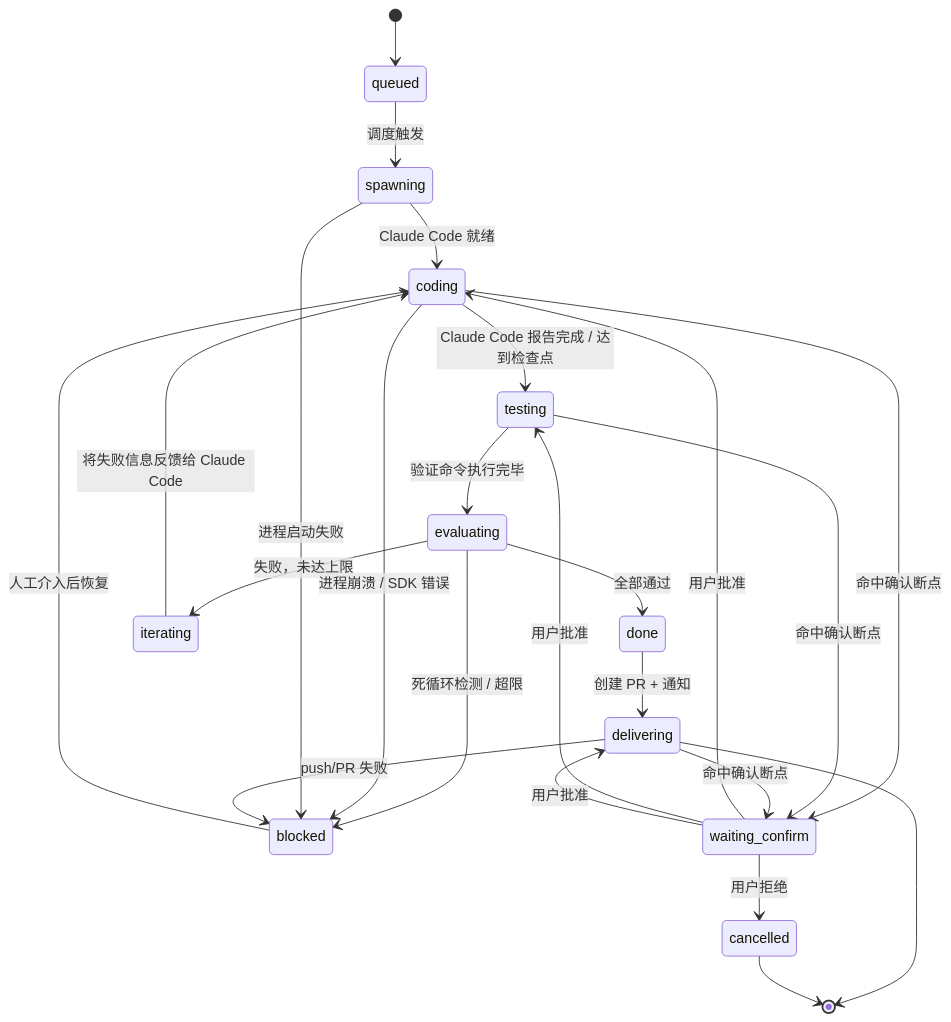
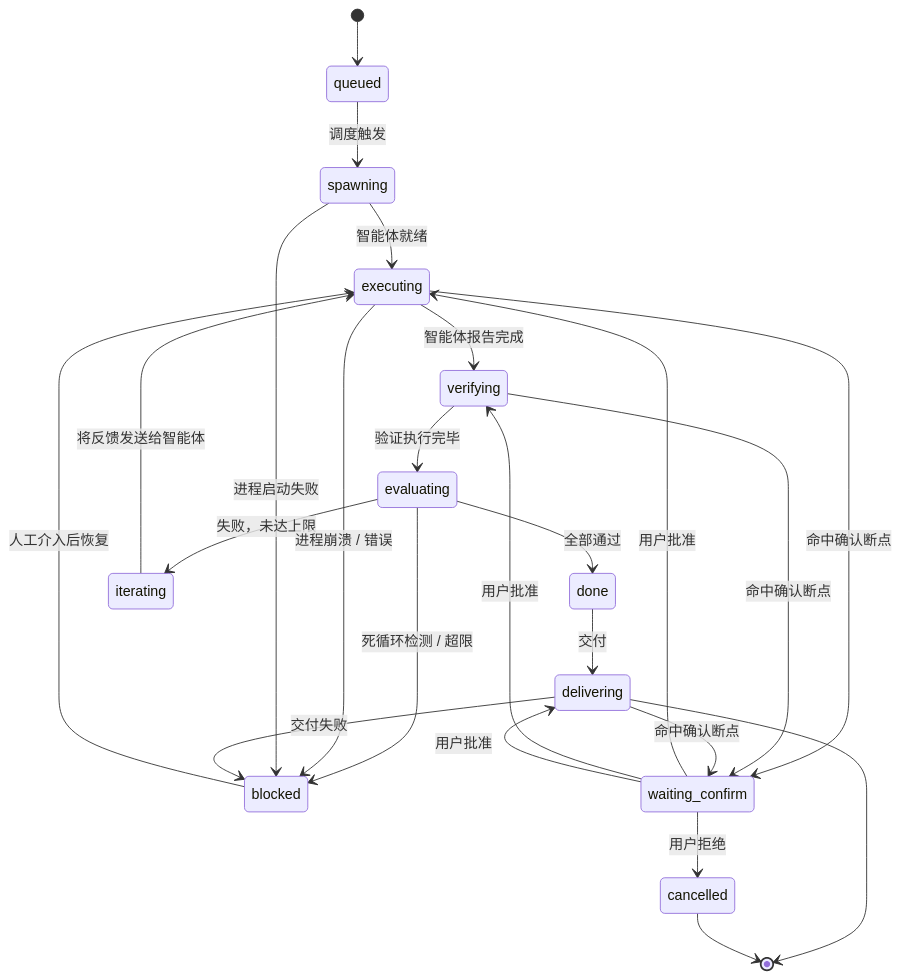
One commit to yzlabai/yanclaw changed the diagram in docs/plans/2026-03-14-dev-loop-design.md. Above: the diagram before and after it, drawn with Mermaid. The commit also changed other lines of this file, not shown here.

````diff
--- a/docs/plans/2026-03-14-dev-loop-design.md
+++ b/docs/plans/2026-03-14-dev-loop-design.md
@@ -113,27 +167,27 @@
 ```mermaid
 stateDiagram-v2
     [*] --> queued
     queued --> spawning: 调度触发
-    spawning --> coding: Claude Code 就绪
-    coding --> testing: Claude Code 报告完成 / 达到检查点
-    testing --> evaluating: 验证命令执行完毕
+    spawning --> executing: 智能体就绪
+    executing --> verifying: 智能体报告完成
+    verifying --> evaluating: 验证执行完毕
     evaluating --> done: 全部通过
     evaluating --> iterating: 失败，未达上限
     evaluating --> blocked: 死循环检测 / 超限
-    iterating --> coding: 将失败信息反馈给 Claude Code
-    blocked --> coding: 人工介入后恢复
-    coding --> blocked: 进程崩溃 / SDK 错误
+    iterating --> executing: 将反馈发送给智能体
+    blocked --> executing: 人工介入后恢复
+    executing --> blocked: 进程崩溃 / 错误
     spawning --> blocked: 进程启动失败
-    done --> delivering: 创建 PR + 通知
-    delivering --> blocked: push/PR 失败
+    done --> delivering: 交付
+    delivering --> blocked: 交付失败
     delivering --> [*]
 
-    coding --> waiting_confirm: 命中确认断点
-    testing --> waiting_confirm: 命中确认断点
+    executing --> waiting_confirm: 命中确认断点
+    verifying --> waiting_confirm: 命中确认断点
     delivering --> waiting_confirm: 命中确认断点
-    waiting_confirm --> coding: 用户批准
-    waiting_confirm --> testing: 用户批准
+    waiting_confirm --> executing: 用户批准
+    waiting_confirm --> verifying: 用户批准
     waiting_confirm --> delivering: 用户批准
     waiting_confirm --> cancelled: 用户拒绝
     cancelled --> [*]
 ```
````
